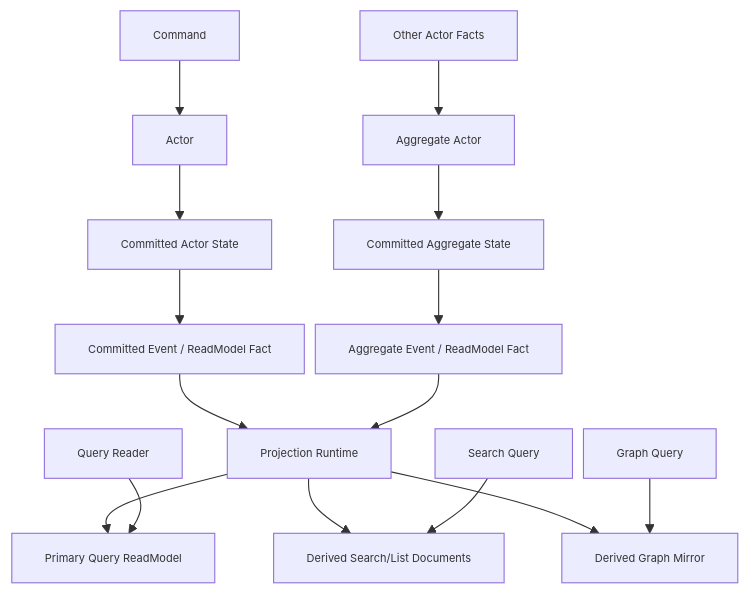
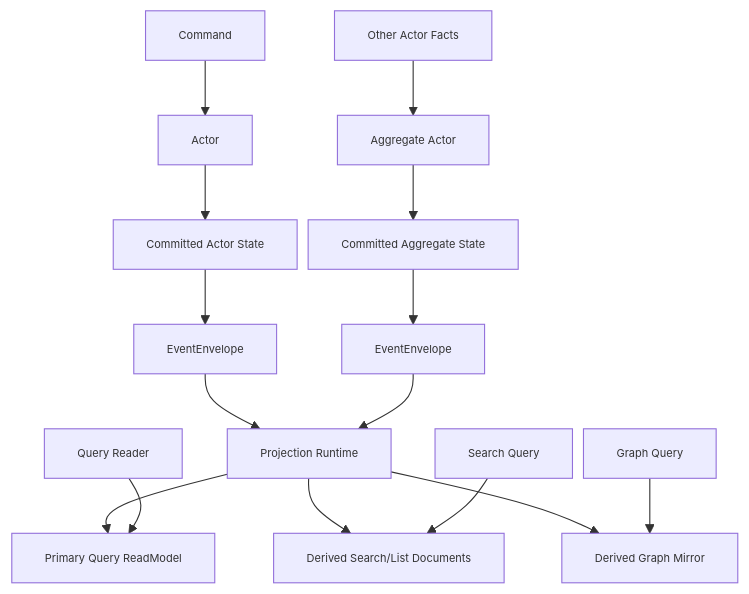
One commit to aevatarAI/aevatar changed the first of 2 diagrams in docs/architecture/2026-03-15-actor-state-mirror-readmodel-file-level-detailed-design.md. Above: the diagram before and after it, drawn with Mermaid. The commit also changed other lines of this file and 37 other files, not shown here.

````diff
--- a/docs/architecture/2026-03-15-actor-state-mirror-readmodel-file-level-detailed-design.md
+++ b/docs/architecture/2026-03-15-actor-state-mirror-readmodel-file-level-detailed-design.md
@@ -145,21 +145,21 @@
 ```mermaid
 %%{init: {"maxTextSize": 100000, "flowchart": {"useMaxWidth": false, "nodeSpacing": 10, "rankSpacing": 50}, "themeVariables": {"fontSize": "10px"}}}%%
 flowchart TB
   C["Command"] --> A["Actor"]
   A --> S["Committed Actor State"]
-  S --> F["Committed Event / ReadModel Fact"]
+  S --> F["EventEnvelope<ProjectionPayload>"]
   F --> P["Projection Runtime"]
 
   P --> D1["Primary Query ReadModel"]
   P --> D2["Derived Search/List Documents"]
   P --> D3["Derived Graph Mirror"]
 
   Q1["Query Reader"] --> D1
   Q2["Search Query"] --> D2
   Q3["Graph Query"] --> D3
 
   U["Other Actor Facts"] --> G["Aggregate Actor"]
   G --> GS["Committed Aggregate State"]
-  GS --> GF["Aggregate Event / ReadModel Fact"]
+  GS --> GF["EventEnvelope<ProjectionPayload>"]
   GF --> P
 ```
````
